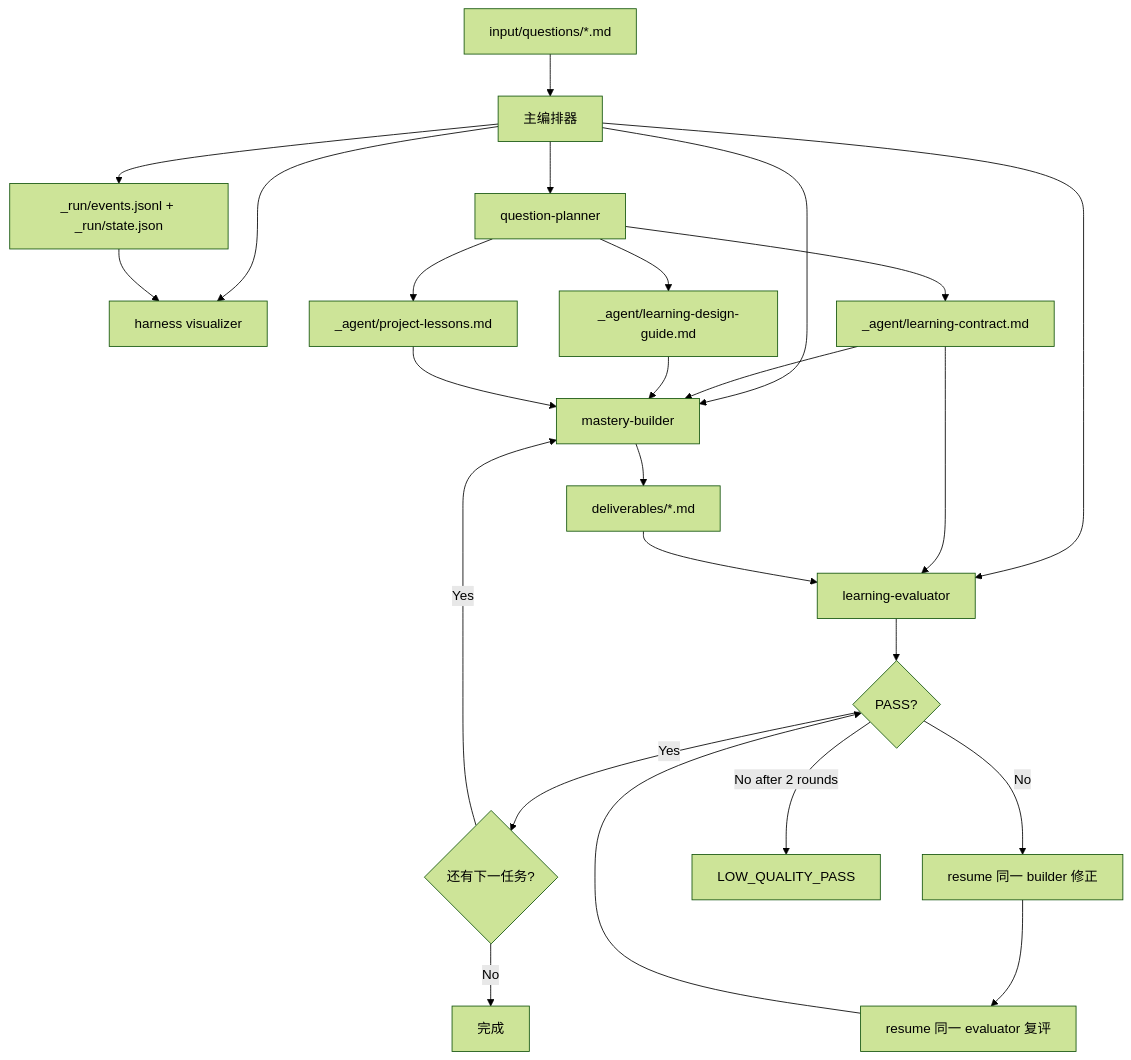
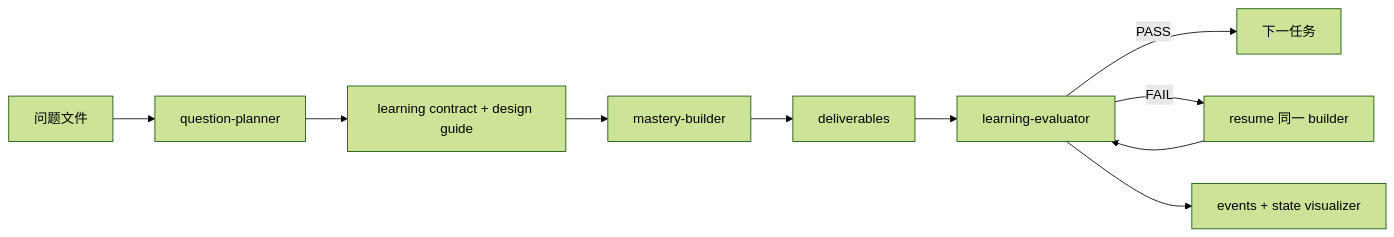
The diagram in README.zh-CN.md (CaoYuhaoCarl/SeedX), drawn with Mermaid (forest theme) before and after one commit. The commit also changed other lines of this file and 2 other files, not shown here.

````diff
--- a/README.zh-CN.md
+++ b/README.zh-CN.md
@@ -21,32 +97,12 @@
 ```mermaid
-flowchart TD
-    A[input/questions/*.md] --> O[主编排器]
-    O --> R[_run/events.jsonl + _run/state.json]
-    O --> V[harness visualizer]
-    R --> V
-
-    O --> B[question-planner]
-    B --> C[_agent/learning-contract.md]
-    B --> C2[_agent/learning-design-guide.md]
-    B --> C3[_agent/project-lessons.md]
-
-    O --> D[mastery-builder]
-    C --> D
-    C2 --> D
-    C3 --> D
-    D --> E[deliverables/*.md]
-
-    O --> F[learning-evaluator]
-    C --> F
-    E --> F
-    F --> G{PASS?}
-
-    G -- Yes --> H{还有下一任务?}
-    H -- Yes --> D
-    H -- No --> Z[完成]
-
-    G -- No --> I[resume 同一 builder 修正]
-    I --> J[resume 同一 evaluator 复评]
-    J --> G
-    G -- No after 2 rounds --> Q[LOW_QUALITY_PASS]
+flowchart LR
+    A[问题文件] --> P[question-planner]
+    P --> C[learning contract + design guide]
+    C --> B[mastery-builder]
+    B --> D[deliverables]
+    D --> E[learning-evaluator]
+    E -->|PASS| N[下一任务]
+    E -->|FAIL| R[resume 同一 builder]
+    R --> E
+    E --> V[events + state visualizer]
 ```
````
